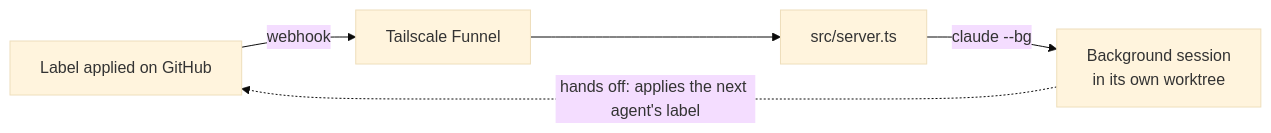
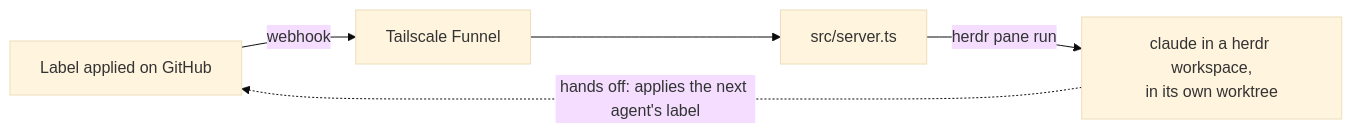
One commit to jd-solanki/ai changed the first of 2 diagrams in apps/software-factory/README.md. Above: the diagram before and after it, drawn with Mermaid (base theme). The commit also changed other lines of this file and 9 other files, not shown here.

First line of the commit message:
feat(software-factory): run each session in herdr so the owner can watch it

````diff
--- a/apps/software-factory/README.md
+++ b/apps/software-factory/README.md
@@ -5,6 +5,6 @@
 ```mermaid
 flowchart LR
   L["Label applied on GitHub"] -->|webhook| F["Tailscale Funnel"] --> S["src/server.ts"]
-  S -->|"claude --bg"| B["Background session<br/>in its own worktree"]
+  S -->|"herdr pane run"| B["claude in a herdr workspace,<br/>in its own worktree"]
   B -.->|"hands off: applies the next agent's label"| L
 ```
````
